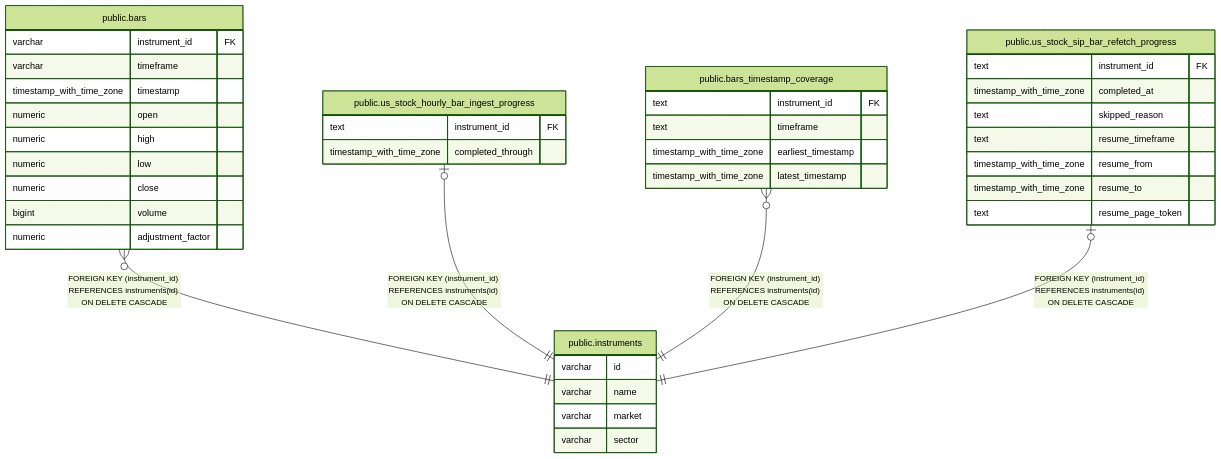
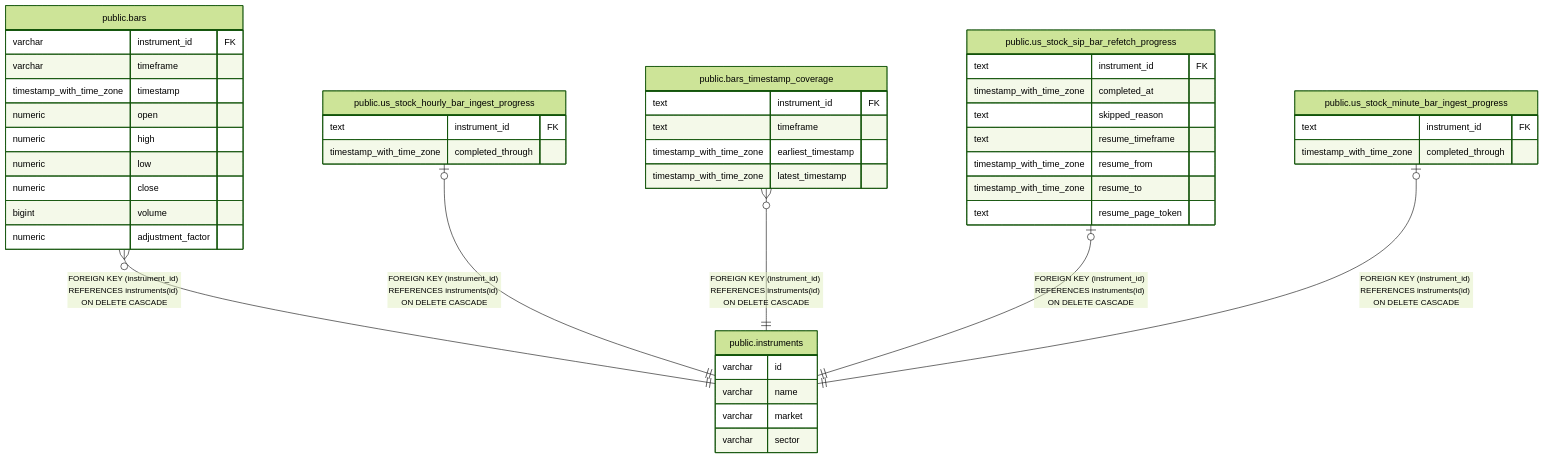
The diagram in backend/docs/db/public.instruments.md (fohte/t-rader), drawn with Mermaid (forest theme) before and after one commit. The commit also changed other lines of this file and 19 other files, not shown here.

````diff
--- a/backend/docs/db/public.instruments.md
+++ b/backend/docs/db/public.instruments.md
@@ -34,45 +34,50 @@
 ```mermaid
 erDiagram
 
 "public.bars" }o--|| "public.instruments" : "FOREIGN KEY (instrument_id) REFERENCES instruments(id) ON DELETE CASCADE"
 "public.us_stock_hourly_bar_ingest_progress" |o--|| "public.instruments" : "FOREIGN KEY (instrument_id) REFERENCES instruments(id) ON DELETE CASCADE"
 "public.bars_timestamp_coverage" }o--|| "public.instruments" : "FOREIGN KEY (instrument_id) REFERENCES instruments(id) ON DELETE CASCADE"
 "public.us_stock_sip_bar_refetch_progress" |o--|| "public.instruments" : "FOREIGN KEY (instrument_id) REFERENCES instruments(id) ON DELETE CASCADE"
+"public.us_stock_minute_bar_ingest_progress" |o--|| "public.instruments" : "FOREIGN KEY (instrument_id) REFERENCES instruments(id) ON DELETE CASCADE"
 
 "public.instruments" {
   varchar id
   varchar name
   varchar market
   varchar sector
 }
 "public.bars" {
   varchar instrument_id FK
   varchar timeframe
   timestamp_with_time_zone timestamp
   numeric open
   numeric high
   numeric low
   numeric close
   bigint volume
   numeric adjustment_factor
 }
 "public.us_stock_hourly_bar_ingest_progress" {
   text instrument_id FK
   timestamp_with_time_zone completed_through
 }
 "public.bars_timestamp_coverage" {
   text instrument_id FK
   text timeframe
   timestamp_with_time_zone earliest_timestamp
   timestamp_with_time_zone latest_timestamp
 }
 "public.us_stock_sip_bar_refetch_progress" {
   text instrument_id FK
   timestamp_with_time_zone completed_at
   text skipped_reason
   text resume_timeframe
   timestamp_with_time_zone resume_from
   timestamp_with_time_zone resume_to
   text resume_page_token
 }
+"public.us_stock_minute_bar_ingest_progress" {
+  text instrument_id FK
+  timestamp_with_time_zone completed_through
+}
 ```
````
